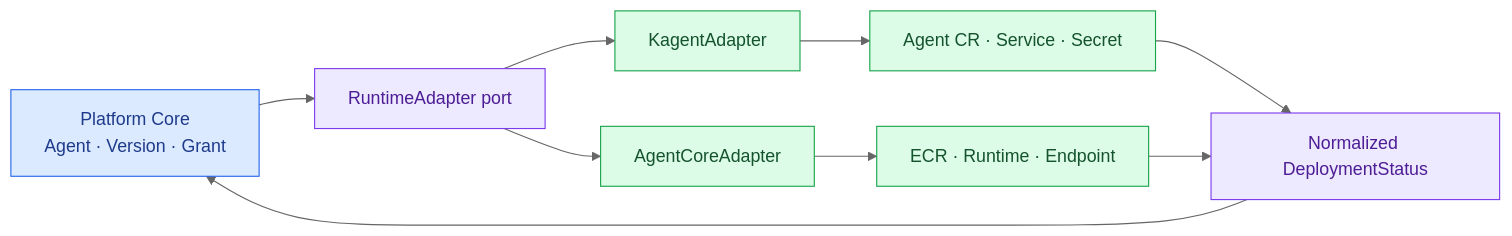
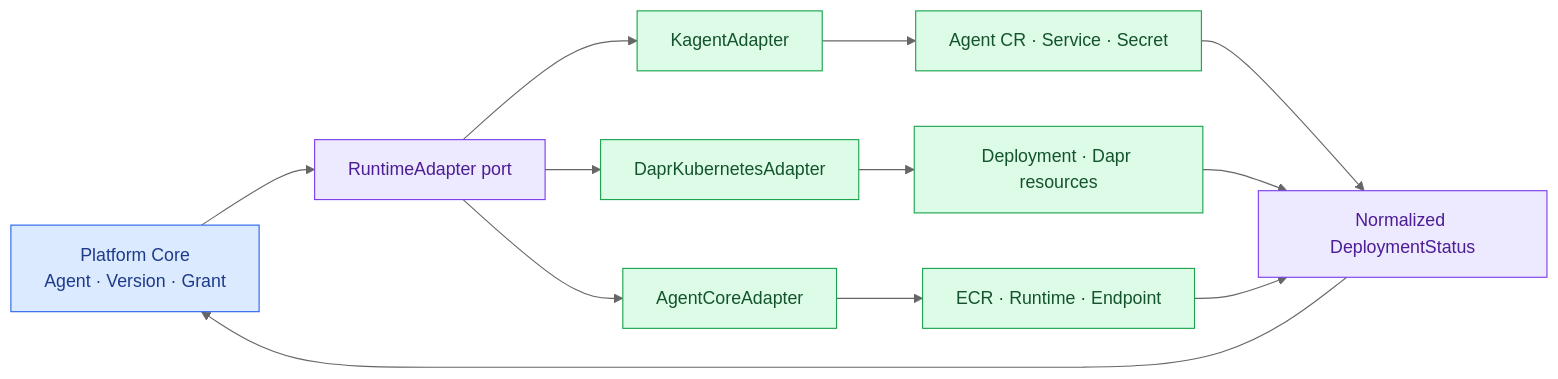
One commit to mechurak/study-starlight changed the diagram in src/content/docs/agent-platform/05-adapter-contract.mdx. Above: the diagram before and after it, drawn with Mermaid (neutral theme). The commit also changed other lines of this file and 24 other files, not shown here.

````diff
--- a/src/content/docs/agent-platform/05-adapter-contract.mdx
+++ b/src/content/docs/agent-platform/05-adapter-contract.mdx
@@ -21,18 +21,21 @@
 ```mermaid
 flowchart LR
     CORE["Platform Core<br/>Agent · Version · Grant"] --> PORT["RuntimeAdapter port"]
     PORT --> KA["KagentAdapter"]
+    PORT --> DA["DaprKubernetesAdapter"]
     PORT --> AA["AgentCoreAdapter"]
     KA --> K8S["Agent CR · Service · Secret"]
+    DA --> DAPR["Deployment · Dapr resources"]
     AA --> AWS["ECR · Runtime · Endpoint"]
     K8S --> NORMAL["Normalized DeploymentStatus"]
+    DAPR --> NORMAL
     AWS --> NORMAL
     NORMAL --> CORE
 
     classDef key fill:#dbeafe,stroke:#2563eb,color:#1e3a8a
     classDef zone fill:#ede9fe,stroke:#7c3aed,color:#4c1d95
     classDef ok fill:#dcfce7,stroke:#16a34a,color:#14532d
     class CORE key
     class PORT,NORMAL zone
-    class KA,AA,K8S,AWS ok
+    class KA,DA,AA,K8S,DAPR,AWS ok
 ```
````
